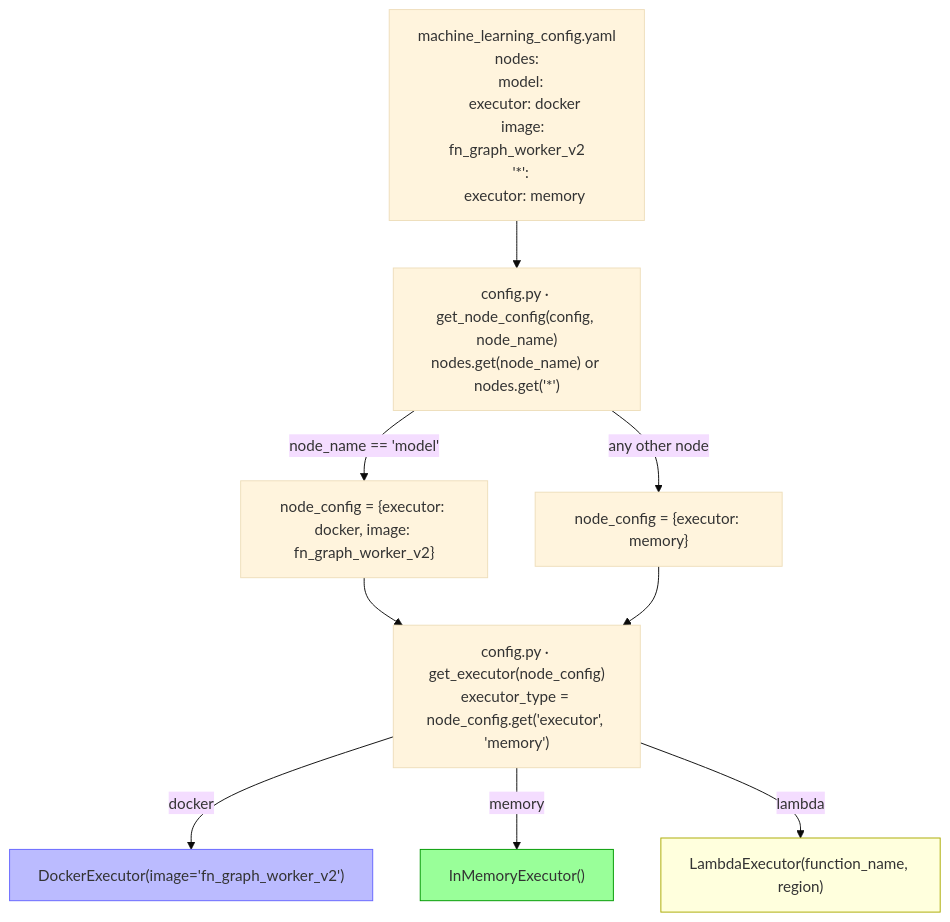
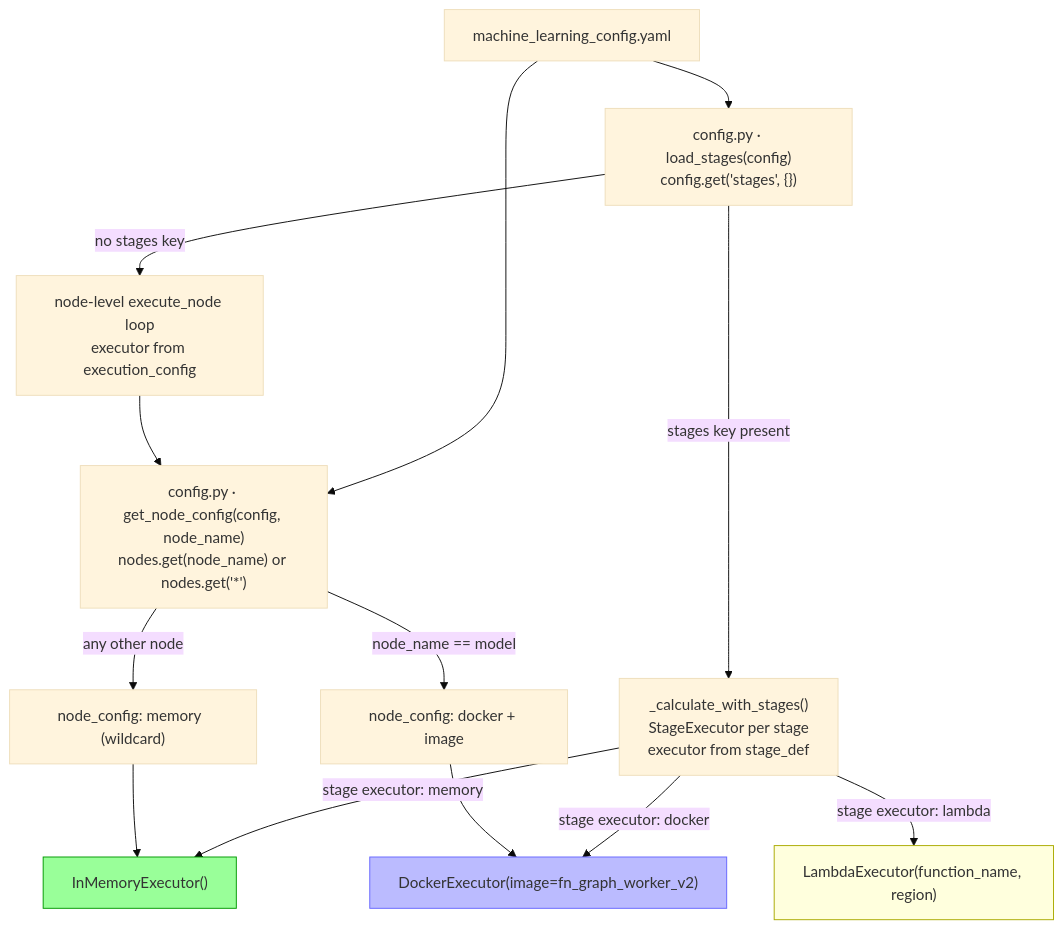
Before and after one commit to ganeshhgupta/fn_graph: the tenth of 12 diagrams in fn_graph/examples/solution/DIAGRAMS.md, drawn with Mermaid (base theme). The commit also changed other lines of this file, not shown here.

Commit message:
docs: update DIAGRAMS.md for stage partitioning — new diagrams 11 and 12, all others updated

````diff
--- a/fn_graph/examples/solution/DIAGRAMS.md
+++ b/fn_graph/examples/solution/DIAGRAMS.md
@@ -506,24 +543,27 @@
 ```mermaid
 flowchart TD
-    YAML["machine_learning_config.yaml\nnodes:\n  model:\n    executor: docker\n    image: fn_graph_worker_v2\n  '*':\n    executor: memory"]
+    YAML["machine_learning_config.yaml"]
 
+    LS["config.py · load_stages(config)\nconfig.get('stages', {})"]
     GNC["config.py · get_node_config(config, node_name)\nnodes.get(node_name) or nodes.get('*')"]
 
-    GE["config.py · get_executor(node_config)\nexecutor_type = node_config.get('executor', 'memory')"]
-
+    YAML --> LS
     YAML --> GNC
 
-    GNC -->|"node_name == 'model'"| SPECIFIC["node_config = {executor: docker, image: fn_graph_worker_v2}"]
-    GNC -->|"any other node"| WILDCARD["node_config = {executor: memory}"]
+    LS -->|"stages key present"| STAGE_PATH["_calculate_with_stages()\nStageExecutor per stage\nexecutor from stage_def"]
+    LS -->|"no stages key"| NODE_PATH["node-level execute_node loop\nexecutor from execution_config"]
 
-    SPECIFIC --> GE
-    WILDCARD --> GE
+    STAGE_PATH -->|"stage executor: memory"| MEM["InMemoryExecutor()"]
+    STAGE_PATH -->|"stage executor: docker"| DOC["DockerExecutor(image=fn_graph_worker_v2)"]
+    STAGE_PATH -->|"stage executor: lambda"| LAM["LambdaExecutor(function_name, region)"]
 
-    GE -->|"docker"| DOC["DockerExecutor(image='fn_graph_worker_v2')"]
-    GE -->|"memory"| MEM["InMemoryExecutor()"]
-    GE -->|"lambda"| LAM["LambdaExecutor(function_name, region)"]
+    NODE_PATH --> GNC
+    GNC -->|"node_name == model"| SPEC["node_config: docker + image"]
+    GNC -->|"any other node"| WILD["node_config: memory  (wildcard)"]
+    SPEC --> DOC
+    WILD --> MEM
 
     style DOC fill:#bbf,stroke:#66f
     style MEM fill:#9f9,stroke:#090
     style LAM fill:#ffd,stroke:#aa0
 ```
````
